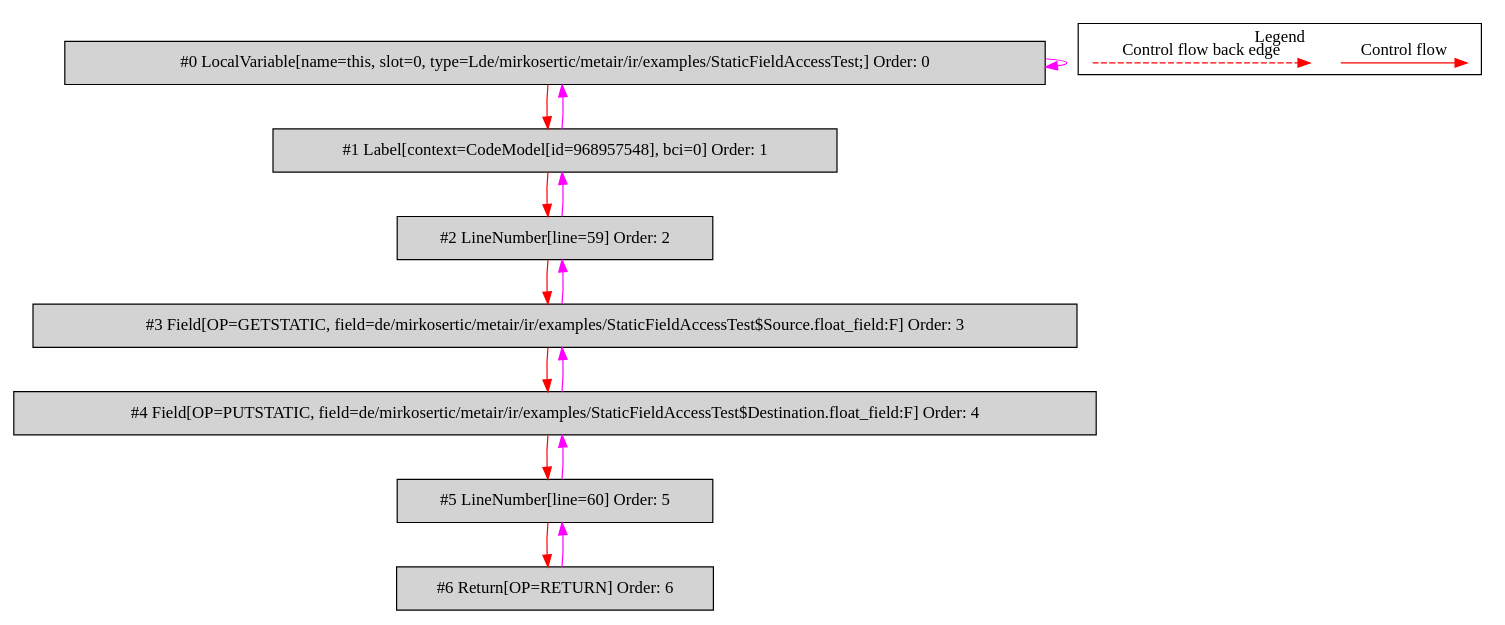
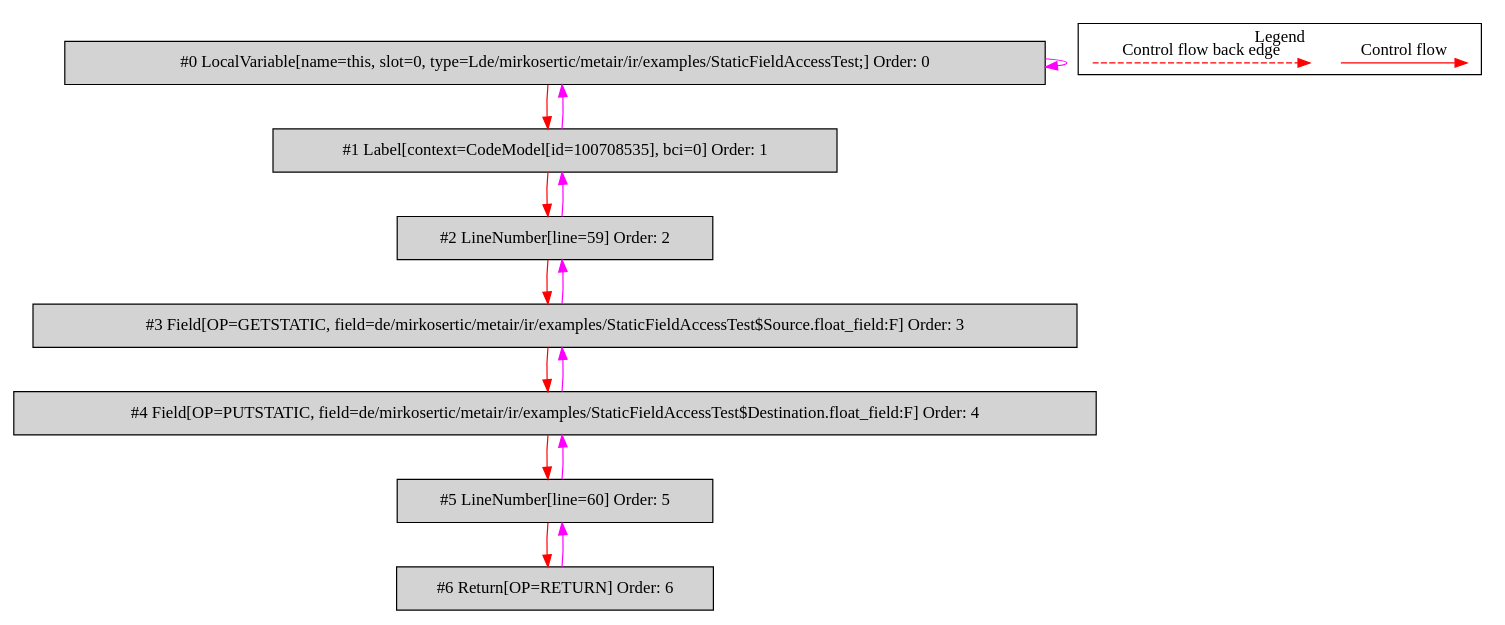
One commit to mirkosertic/MetaIR changed the diagram in de.mirkosertic.metair.ir.examples.StaticFieldAccessTest/copy_float/bytecodecfg.dot. Above: the diagram before and after it, drawn with Graphviz. The commit also changed 610 other files, not shown here.

```diff
--- a/de.mirkosertic.metair.ir.examples.StaticFieldAccessTest/copy_float/bytecodecfg.dot
+++ b/de.mirkosertic.metair.ir.examples.StaticFieldAccessTest/copy_float/bytecodecfg.dot
@@ -1,37 +1,37 @@
 digraph {
  ordering="in";
  node0[label="#0 LocalVariable[name=this, slot=0, type=Lde/mirkosertic/metair/ir/examples/StaticFieldAccessTest;] Order: 0", shape=box, fillcolor=lightgrey, style=filled];
- node1[label="#1 Label[context=CodeModel[id=968957548], bci=0] Order: 1", shape=box, fillcolor=lightgrey, style=filled];
+ node1[label="#1 Label[context=CodeModel[id=100708535], bci=0] Order: 1", shape=box, fillcolor=lightgrey, style=filled];
  node2[label="#2 LineNumber[line=59] Order: 2", shape=box, fillcolor=lightgrey, style=filled];
  node3[label="#3 Field[OP=GETSTATIC, field=de/mirkosertic/metair/ir/examples/StaticFieldAccessTest$Source.float_field:F] Order: 3", shape=box, fillcolor=lightgrey, style=filled];
  node4[label="#4 Field[OP=PUTSTATIC, field=de/mirkosertic/metair/ir/examples/StaticFieldAccessTest$Destination.float_field:F] Order: 4", shape=box, fillcolor=lightgrey, style=filled];
  node5[label="#5 LineNumber[line=60] Order: 5", shape=box, fillcolor=lightgrey, style=filled];
  node6[label="#6 Return[OP=RETURN] Order: 6", shape=box, fillcolor=lightgrey, style=filled];
  node0 -> node0[color=fuchsia];
  node0 -> node1[color=red];
  node1 -> node0[color=fuchsia];
  node1 -> node2[color=red];
  node2 -> node1[color=fuchsia];
  node2 -> node3[color=red];
  node3 -> node2[color=fuchsia];
  node3 -> node4[color=red];
  node4 -> node3[color=fuchsia];
  node4 -> node5[color=red];
  node5 -> node4[color=fuchsia];
  node5 -> node6[color=red];
  node6 -> node5[color=fuchsia];
  subgraph cluster_000 {
   label = "Legend";
   node [shape=point]
   {
    rank=same;
    c0 [style = invis];
    c1 [style = invis];
    c2 [style = invis];
    c3 [style = invis];
   }
   c0 -> c1 [label="Control flow", style=solid, color=red]
   c2 -> c3 [label="Control flow back edge", style=dashed, color=red]
  }
 
 }
```
